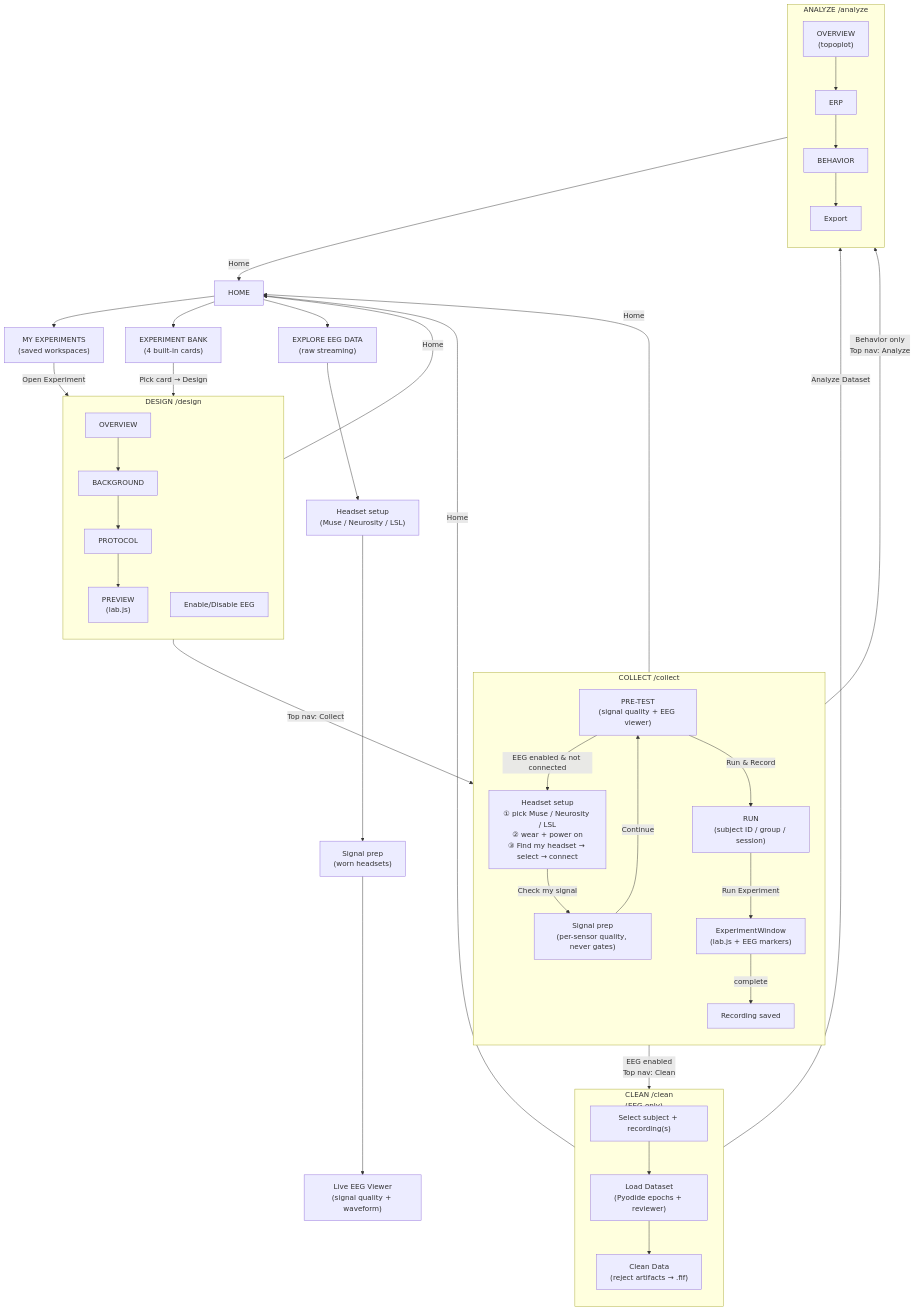
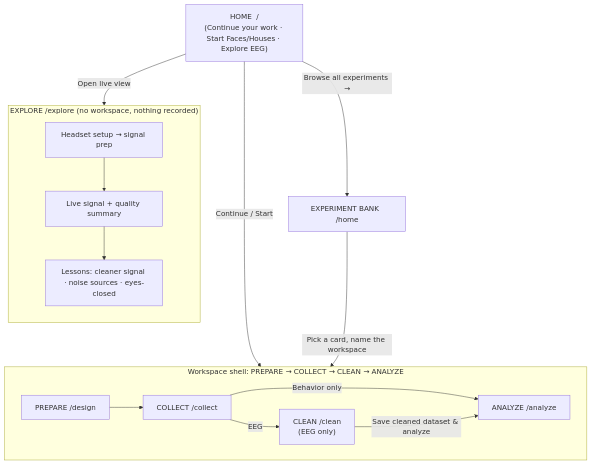
One commit to makebrainwaves/BrainWaves changed the diagram in docs/user-flow.md. Above: the diagram before and after it, drawn with Mermaid. The commit also changed other lines of this file and 5 other files, not shown here.

Commit message:
docs: wrap up the playtest-1 redesign round (TODOS, ROADMAP, user flow; drop implemented plans)

````diff
--- a/docs/user-flow.md
+++ b/docs/user-flow.md
@@ -7,68 +7,28 @@
 ```mermaid
 flowchart TD
-    HOME["HOME"]
-    HOME --> MY_EXP["MY EXPERIMENTS\n(saved workspaces)"]
-    HOME --> EXP_BANK["EXPERIMENT BANK\n(4 built-in cards)"]
-    HOME --> EXPLORE["EXPLORE EEG DATA\n(raw streaming)"]
+    HOME["HOME  /\n(Continue your work · Start Faces/Houses · Explore EEG)"]
+    HOME -->|"Browse all experiments →"| BANK["EXPERIMENT BANK  /home"]
+    HOME -->|"Open live view"| EXPLORE
+    HOME -->|"Continue / Start"| PREPARE
+    BANK -->|"Pick a card, name the workspace"| PREPARE
 
-    MY_EXP -->|"Open Experiment"| DESIGN
-    EXP_BANK -->|"Pick card → Design"| DESIGN
-
-    EXPLORE --> CONNECT_MODAL_EXP["Headset setup\n(Muse / Neurosity / LSL)"]
-    CONNECT_MODAL_EXP --> SIGNAL_PREP_EXP["Signal prep\n(worn headsets)"]
-    SIGNAL_PREP_EXP --> EEG_EXPLORE["Live EEG Viewer\n(signal quality + waveform)"]
-
-    subgraph DESIGN ["DESIGN  /design"]
+    subgraph EXPLORE ["EXPLORE  /explore (no workspace, nothing recorded)"]
         direction TB
-        D_OV["OVERVIEW"]
-        D_BG["BACKGROUND"]
-        D_PR["PROTOCOL"]
-        D_PV["PREVIEW\n(lab.js)"]
-        D_OV --> D_BG --> D_PR --> D_PV
-        EEG_TOGGLE["Enable/Disable EEG"]
+        EX_SETUP["Headset setup → signal prep"]
+        EX_LIVE["Live signal + quality summary"]
+        EX_LESSONS["Lessons: cleaner signal · noise sources · eyes-closed"]
+        EX_SETUP --> EX_LIVE --> EX_LESSONS
     end
 
-    DESIGN -->|"Top nav: Collect"| COLLECT
-
-    subgraph COLLECT ["COLLECT  /collect"]
-        direction TB
-        PRE_TEST["PRE-TEST\n(signal quality + EEG viewer)"]
-        CONNECT_MODAL["Headset setup\n① pick Muse / Neurosity / LSL\n② wear + power on\n③ Find my headset → select → connect"]
-        SIGNAL_PREP["Signal prep\n(per-sensor quality, never gates)"]
-        PRE_TEST -->|"EEG enabled & not connected"| CONNECT_MODAL
-        CONNECT_MODAL -->|"Check my signal"| SIGNAL_PREP
-        SIGNAL_PREP -->|"Continue"| PRE_TEST
-        PRE_TEST -->|"Run & Record"| RUN
-        RUN["RUN\n(subject ID / group / session)"]
-        EXP_WINDOW["ExperimentWindow\n(lab.js + EEG markers)"]
-        RUN -->|"Run Experiment"| EXP_WINDOW
-        EXP_WINDOW -->|"complete"| DONE_COLLECT["Recording saved"]
+    subgraph SHELL ["Workspace shell: PREPARE → COLLECT → CLEAN → ANALYZE"]
+        direction LR
+        PREPARE["PREPARE  /design"]
+        COLLECT["COLLECT  /collect"]
+        CLEAN["CLEAN  /clean\n(EEG only)"]
+        ANALYZE["ANALYZE  /analyze"]
+        PREPARE --> COLLECT
+        COLLECT -->|"EEG"| CLEAN
+        COLLECT -->|"Behavior only"| ANALYZE
+        CLEAN -->|"Save cleaned dataset & analyze"| ANALYZE
     end
-
-    DONE_COLLECT -->|"EEG enabled\nTop nav: Clean"| CLEAN
-    DONE_COLLECT -->|"Behavior only\nTop nav: Analyze"| ANALYZE
-
-    subgraph CLEAN ["CLEAN  /clean\n(EEG only)"]
-        direction TB
-        CL_SEL["Select subject + recording(s)"]
-        CL_LOAD["Load Dataset\n(Pyodide epochs + reviewer)"]
-        CL_CLEAN["Clean Data\n(reject artifacts → .fif)"]
-        CL_SEL --> CL_LOAD --> CL_CLEAN
-    end
-
-    CLEAN -->|"Analyze Dataset"| ANALYZE
-
-    subgraph ANALYZE ["ANALYZE  /analyze"]
-        direction TB
-        AN_OV["OVERVIEW\n(topoplot)"]
-        AN_ERP["ERP"]
-        AN_BEH["BEHAVIOR"]
-        AN_EXP["Export"]
-        AN_OV --> AN_ERP --> AN_BEH --> AN_EXP
-    end
-
-    DESIGN -->|"Home"| HOME
-    COLLECT -->|"Home"| HOME
-    CLEAN -->|"Home"| HOME
-    ANALYZE -->|"Home"| HOME
 ```
````
